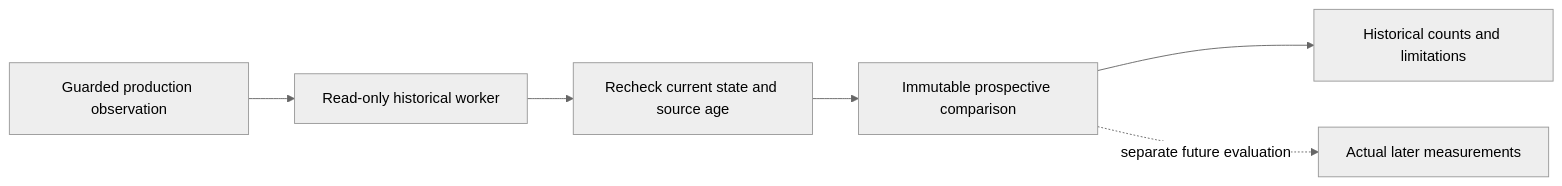
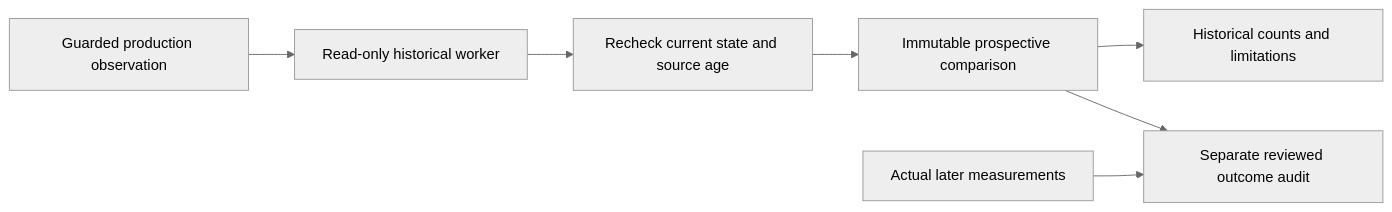
One commit to lucaandrea/sleepypod-core changed the diagram in docs/PREDICTIVE_RECORDINGS.md. Above: the diagram before and after it, drawn with Mermaid (neutral theme). The commit also changed other lines of this file and 1 other file, not shown here.

First line of the commit message:
fix: give the complete-night forecast audit a bounded integration budget

````diff
--- a/docs/PREDICTIVE_RECORDINGS.md
+++ b/docs/PREDICTIVE_RECORDINGS.md
@@ -59,8 +58,9 @@
 ```mermaid
 flowchart LR
   Live[Guarded production observation] --> Child[Read-only historical worker]
   Child --> Check[Recheck current state and source age]
   Check --> Record[Immutable prospective comparison]
   Record --> View[Historical counts and limitations]
-  Record -. separate future evaluation .-> Outcomes[Actual later measurements]
+  Record --> Audit[Separate reviewed outcome audit]
+  Outcomes[Actual later measurements] --> Audit
 ```
````
